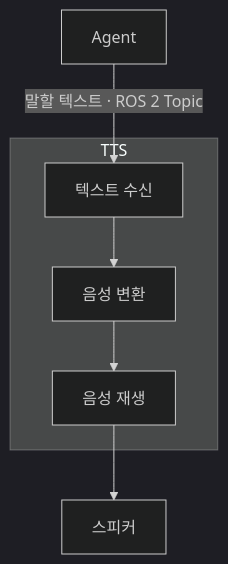
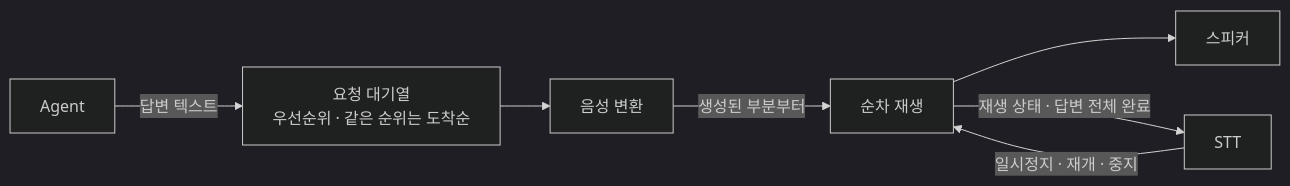
The diagram in malbut_tts/docs/tts_agent.md (SWM-malbut/malbut), drawn with Mermaid (dark theme) before and after one commit. The commit also changed other lines of this file and 18 other files, not shown here.

Commit message:
feat(SWM25-176): add streaming TTS queue and playback controls

````diff
--- a/malbut_tts/docs/tts_agent.md
+++ b/malbut_tts/docs/tts_agent.md
@@ -3,11 +3,10 @@
 ```mermaid
-flowchart TD
-    A["Agent"] -->|"말할 텍스트 · ROS 2 Topic"| R
+flowchart LR
+    Agent["Agent"] -->|"답변 텍스트"| Queue["요청 대기열<br/>우선순위 · 같은 순위는 도착순"]
+    Queue --> TTS["음성 변환"]
+    TTS -->|"생성된 부분부터"| Play["순차 재생"]
+    Play --> Speaker["스피커"]
 
-    subgraph TTS["TTS"]
-        R["텍스트 수신"] --> V["음성 변환"]
-        V --> P["음성 재생"]
-    end
-
-    P --> S["스피커"]
+    STT["STT"] -->|"일시정지 · 재개 · 중지"| Play
+    Play -->|"재생 상태 · 답변 전체 완료"| STT
 ```
````
